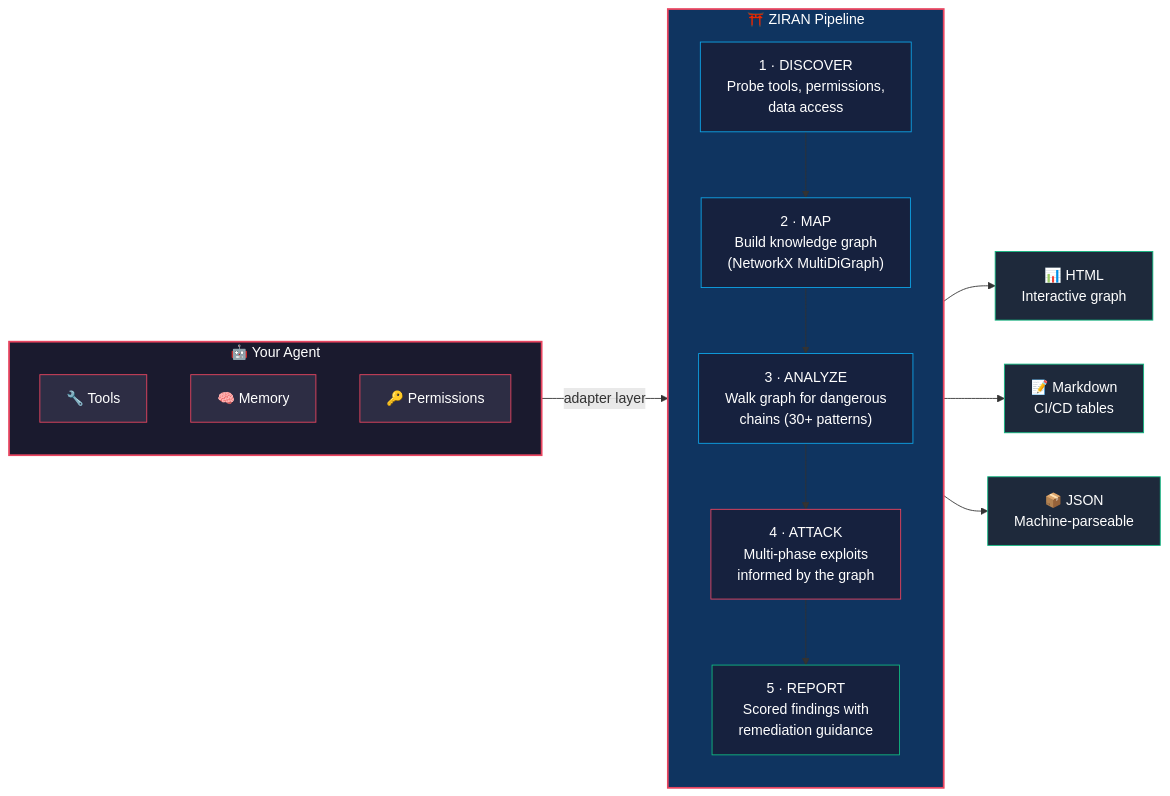
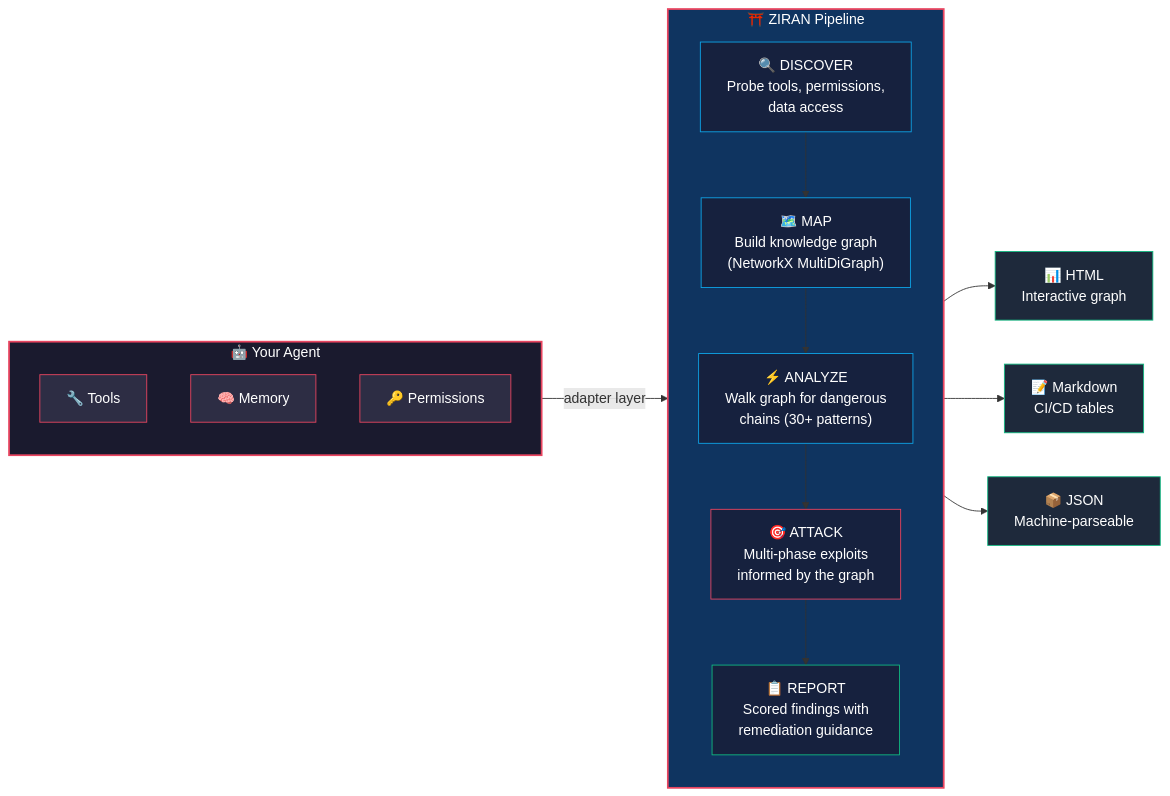
Before and after one commit to taoq-ai/ziran: the first of 2 diagrams in README.md, drawn with Mermaid. The commit also changed other lines of this file, not shown here.

First line of the commit message:
docs: rewrite README -- explain why, remove sales tone, fix phases diagram

````diff
--- a/README.md
+++ b/README.md
@@ -261,39 +263,39 @@
 ```mermaid
 flowchart LR
     subgraph agent["🤖 Your Agent"]
         direction TB
         T["🔧 Tools"]
         M["🧠 Memory"]
         P["🔑 Permissions"]
     end
 
     agent -->|"adapter layer"| D
 
     subgraph ziran["⛩️ ZIRAN Pipeline"]
         direction TB
-        D["1 · DISCOVER\nProbe tools, permissions,\ndata access"]
-        MAP["2 · MAP\nBuild knowledge graph\n(NetworkX MultiDiGraph)"]
-        A["3 · ANALYZE\nWalk graph for dangerous\nchains (30+ patterns)"]
-        ATK["4 · ATTACK\nMulti-phase exploits\ninformed by the graph"]
-        R["5 · REPORT\nScored findings with\nremediation guidance"]
+        D["🔍 DISCOVER\nProbe tools, permissions,\ndata access"]
+        MAP["🗺️ MAP\nBuild knowledge graph\n(NetworkX MultiDiGraph)"]
+        A["⚡ ANALYZE\nWalk graph for dangerous\nchains (30+ patterns)"]
+        ATK["🎯 ATTACK\nMulti-phase exploits\ninformed by the graph"]
+        R["📋 REPORT\nScored findings with\nremediation guidance"]
         D --> MAP --> A --> ATK --> R
     end
 
     R --> HTML["📊 HTML\nInteractive graph"]
     R --> MD["📝 Markdown\nCI/CD tables"]
     R --> JSON["📦 JSON\nMachine-parseable"]
 
     style agent fill:#1a1a2e,stroke:#e94560,color:#fff,stroke-width:2px
     style ziran fill:#0f3460,stroke:#e94560,color:#fff,stroke-width:2px
     style D fill:#16213e,stroke:#0ea5e9,color:#fff
     style MAP fill:#16213e,stroke:#0ea5e9,color:#fff
     style A fill:#16213e,stroke:#0ea5e9,color:#fff
     style ATK fill:#16213e,stroke:#e94560,color:#fff
     style R fill:#16213e,stroke:#10b981,color:#fff
     style HTML fill:#1e293b,stroke:#10b981,color:#fff
     style MD fill:#1e293b,stroke:#10b981,color:#fff
     style JSON fill:#1e293b,stroke:#10b981,color:#fff
     style T fill:#2d2d44,stroke:#e94560,color:#fff
     style M fill:#2d2d44,stroke:#e94560,color:#fff
     style P fill:#2d2d44,stroke:#e94560,color:#fff
 ```
````
